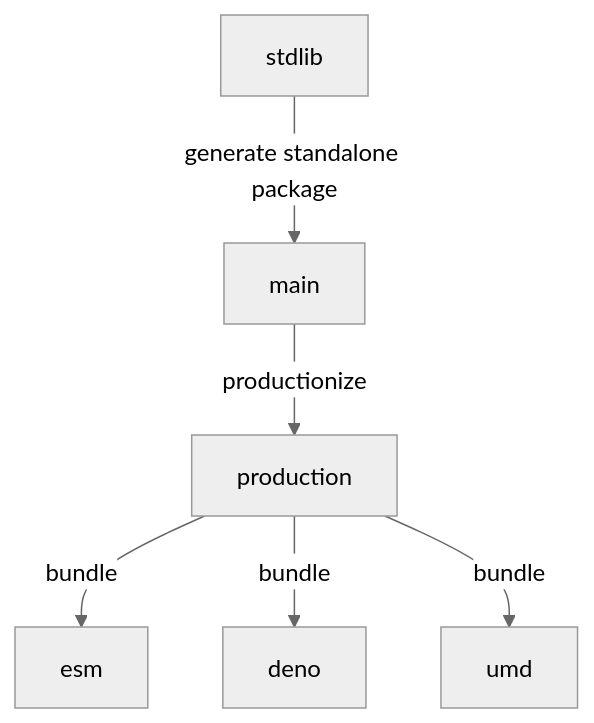
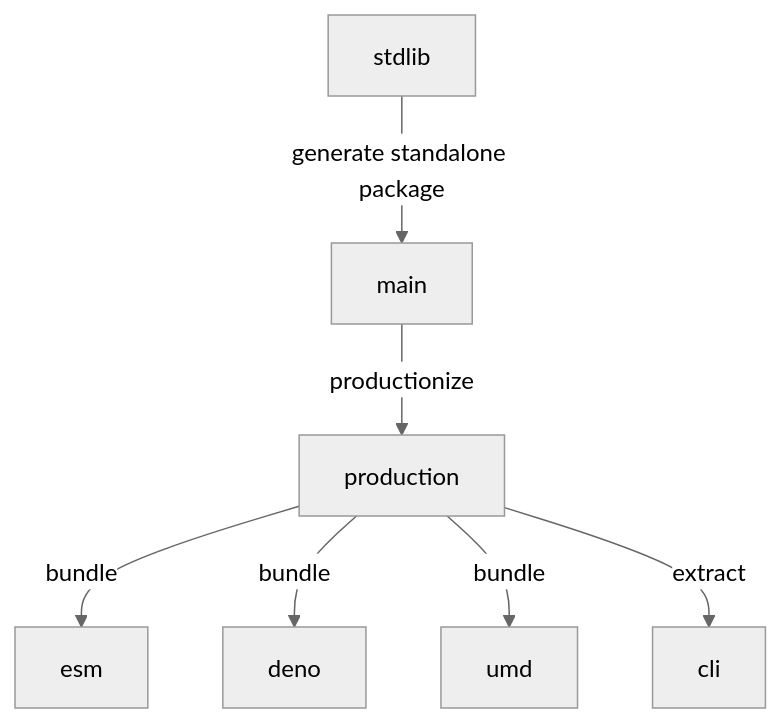
Before and after one commit to stdlib-js/random-streams-lognormal: the diagram in branches.md, drawn with Mermaid (neutral theme). The commit also changed other lines of this file and 11 other files, not shown here.

````diff
--- a/branches.md
+++ b/branches.md
@@ -33,15 +34,17 @@
 ```mermaid
 graph TD;
 A[stdlib]-->|generate standalone package|B;
 B[main] -->|productionize| C[production];
 C -->|bundle| D[esm];
 C -->|bundle| E[deno];
 C -->|bundle| F[umd];
+C -->|extract| G[cli];
 
-click A href "https://github.com/stdlib-js/stdlib/tree/develop/lib/node_modules/%40stdlib/random/streams/lognormal"
-click B href "https://github.com/stdlib-js/random-streams-lognormal/tree/main"
-click C href "https://github.com/stdlib-js/random-streams-lognormal/tree/production"
-click D href "https://github.com/stdlib-js/random-streams-lognormal/tree/esm"
-click E href "https://github.com/stdlib-js/random-streams-lognormal/tree/deno"
-click F href "https://github.com/stdlib-js/random-streams-lognormal/tree/umd"
+%% click A href "https://github.com/stdlib-js/stdlib/tree/develop/lib/node_modules/%40stdlib/random/streams/lognormal"
+%% click B href "https://github.com/stdlib-js/random-streams-lognormal/tree/main"
+%% click C href "https://github.com/stdlib-js/random-streams-lognormal/tree/production"
+%% click D href "https://github.com/stdlib-js/random-streams-lognormal/tree/esm"
+%% click E href "https://github.com/stdlib-js/random-streams-lognormal/tree/deno"
+%% click F href "https://github.com/stdlib-js/random-streams-lognormal/tree/umd"
+%% click G href "https://github.com/stdlib-js/random-streams-lognormal/tree/cli"
 ```
````
